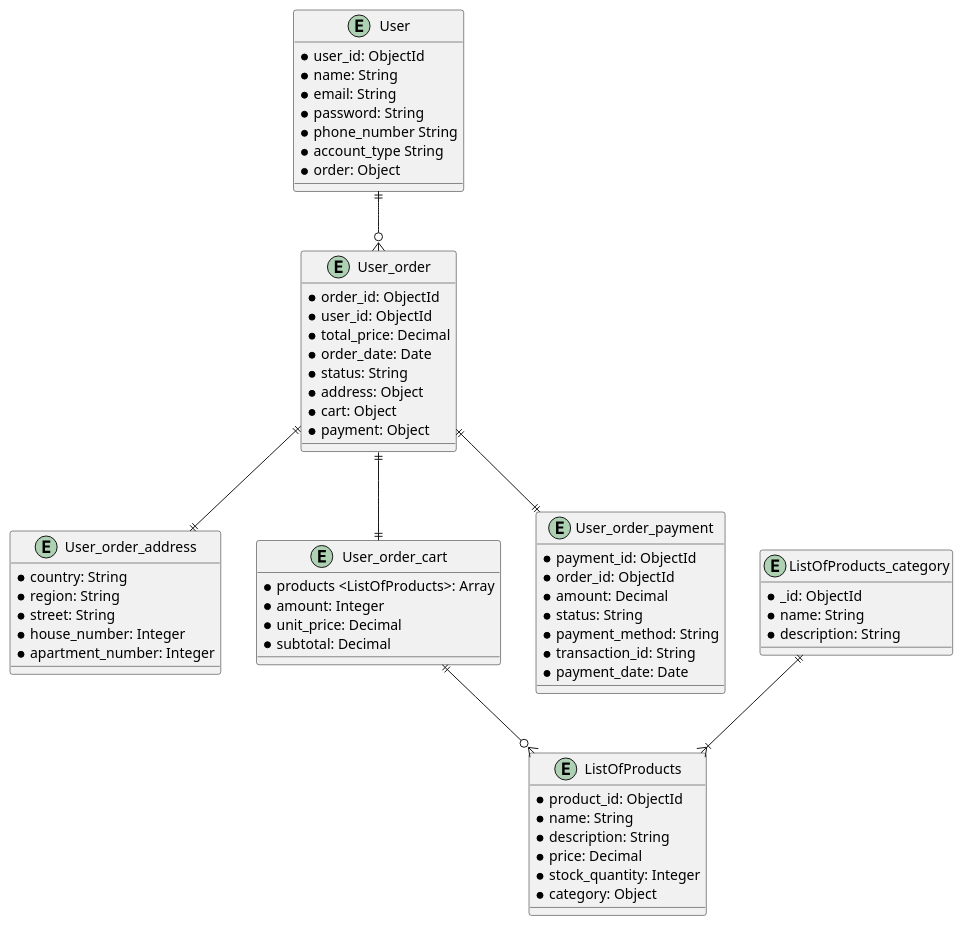
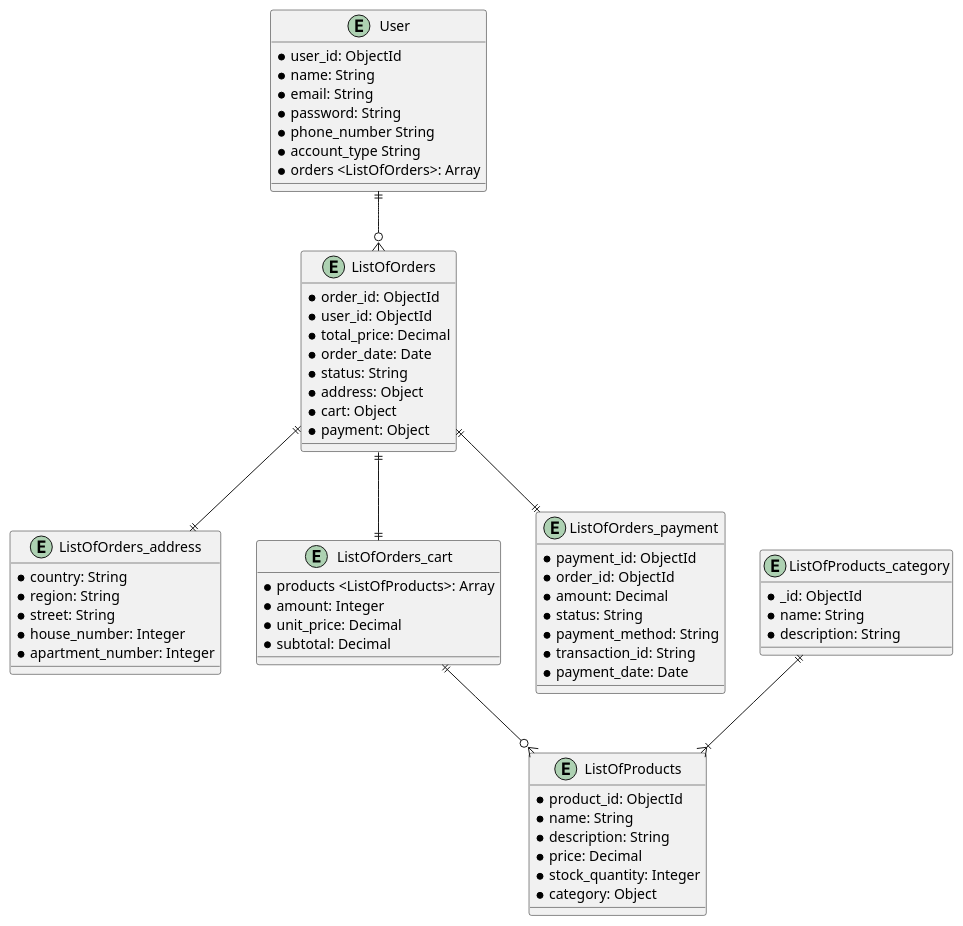
Before and after one commit to petr2633/Kontsevenko_analytics_practice: the diagram in database/norelation.puml, drawn with PlantUML.

Commit message:
Внес правки по БД

```diff
--- a/database/norelation.puml
+++ b/database/norelation.puml
@@ -1,73 +1,73 @@
 @startuml
 
 entity User {
     * user_id: ObjectId
     * name: String
     * email: String
     * password: String
     * phone_number String
     * account_type String
-    * order: Object
+    * orders <ListOfOrders>: Array
 }
 
-entity  User_order_address {
+entity  ListOfOrders_address {
     * country: String
     * region: String
     * street: String
     * house_number: Integer
     * apartment_number: Integer
 }
 
-entity User_order {
+entity ListOfOrders {
     * order_id: ObjectId
     * user_id: ObjectId
     * total_price: Decimal
     * order_date: Date
     * status: String
     * address: Object
     * cart: Object
     * payment: Object
 }
 
 entity ListOfProducts {
     * product_id: ObjectId
     * name: String
     * description: String
     * price: Decimal
     * stock_quantity: Integer
     * category: Object
 }
 
-entity User_order_cart {
+entity ListOfOrders_cart {
     * products <ListOfProducts>: Array
     * amount: Integer
     * unit_price: Decimal
     * subtotal: Decimal
 }
 
-entity User_order_payment {
+entity ListOfOrders_payment {
     * payment_id: ObjectId
     * order_id: ObjectId
     * amount: Decimal
     * status: String
     * payment_method: String
     * transaction_id: String
     * payment_date: Date
 }
 
 entity ListOfProducts_category {
     * _id: ObjectId
     * name: String
     * description: String
 }
 
 
-User ||--o{ User_order
-User_order ||--|| User_order_address
-User_order ||--|| User_order_cart
-User_order_cart ||--o{ ListOfProducts
-User_order ||--|| User_order_payment
+User ||--o{ ListOfOrders
+ListOfOrders ||--|| ListOfOrders_address
+ListOfOrders ||--|| ListOfOrders_cart
+ListOfOrders_cart ||--o{ ListOfProducts
+ListOfOrders ||--|| ListOfOrders_payment
 ListOfProducts_category ||--|{ ListOfProducts
 
 
 @enduml
```
